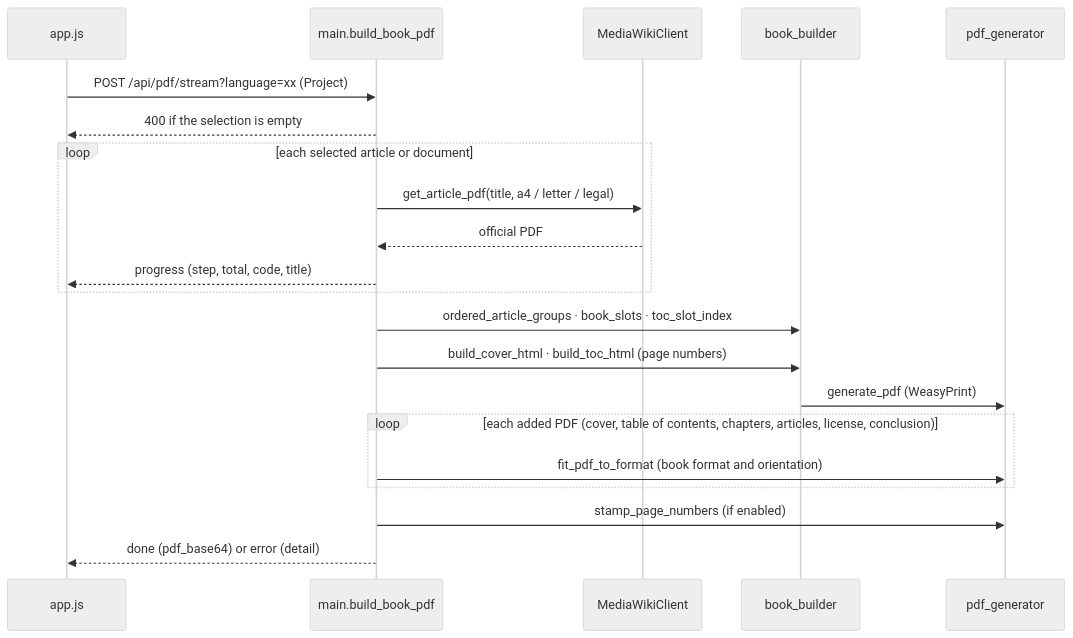
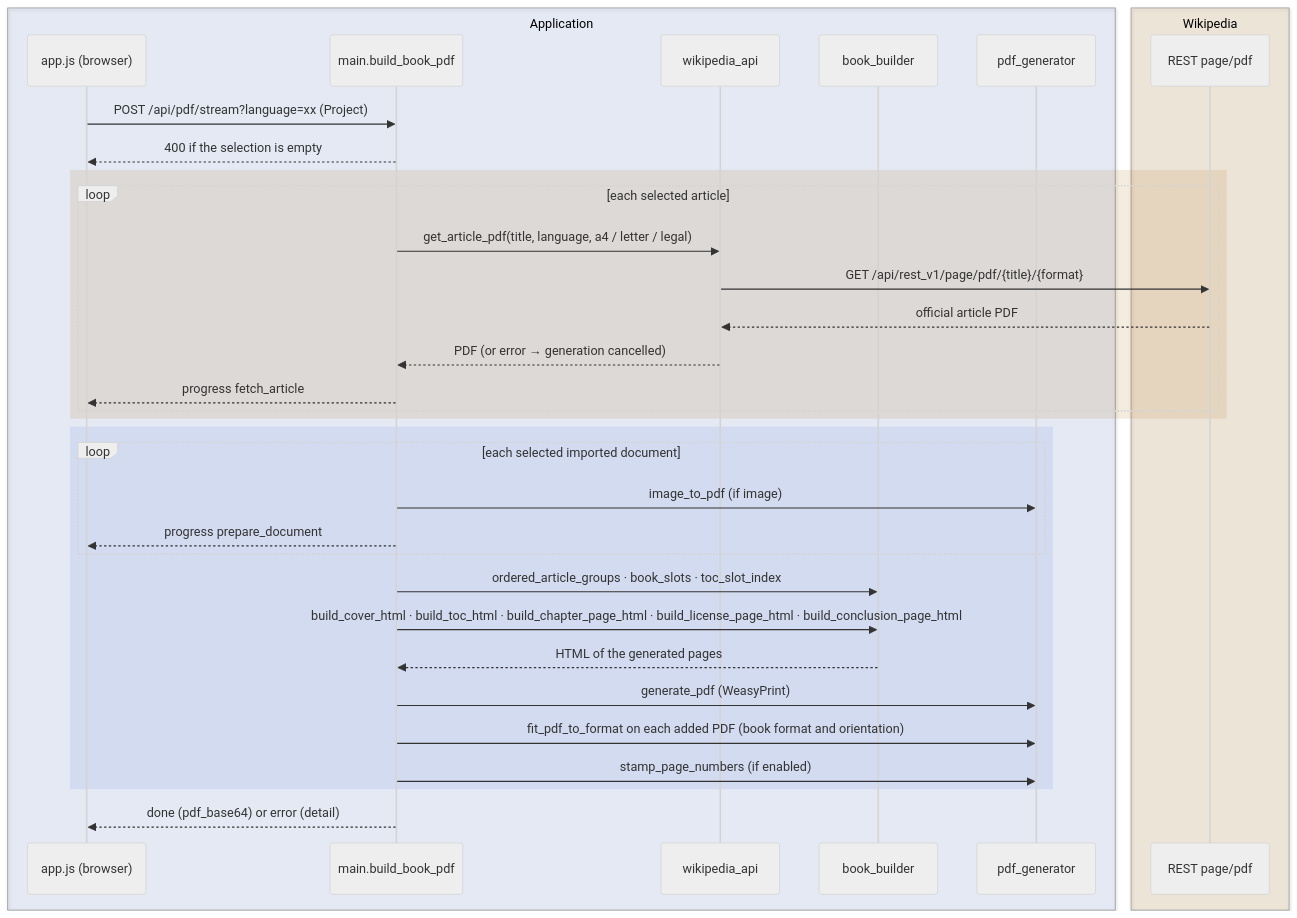
One commit to gmoulard/wikipedia2book changed the second of 2 diagrams in SPECIFICATIONS.en.md. Above: the diagram before and after it, drawn with Mermaid (neutral theme). The commit also changed other lines of this file and 2 other files, not shown here.

Commit message:
docs: schémas clarifiés, API Wikipédia détaillée, table des matières complète, auteur dans l'historique

````diff
--- a/SPECIFICATIONS.en.md
+++ b/SPECIFICATIONS.en.md
@@ -872,24 +888,38 @@
 ```mermaid
 sequenceDiagram
-    participant U as app.js
-    participant M as main.build_book_pdf
-    participant W as MediaWikiClient
-    participant B as book_builder
-    participant P as pdf_generator
+    box rgba(51,102,204,0.10) Application
+        participant U as app.js (browser)
+        participant M as main.build_book_pdf
+        participant W as wikipedia_api
+        participant B as book_builder
+        participant P as pdf_generator
+    end
+    box rgba(172,102,0,0.12) Wikipedia
+        participant R as REST page/pdf
+    end
 
     U->>M: POST /api/pdf/stream?language=xx (Project)
     M-->>U: 400 if the selection is empty
-    loop each selected article or document
-        M->>W: get_article_pdf(title, a4 / letter / legal)
-        W-->>M: official PDF
-        M-->>U: progress (step, total, code, title)
+    rect rgba(172,102,0,0.12)
+        loop each selected article
+            M->>W: get_article_pdf(title, language, a4 / letter / legal)
+            W->>R: GET /api/rest_v1/page/pdf/{title}/{format}
+            R-->>W: official article PDF
+            W-->>M: PDF (or error → generation cancelled)
+            M-->>U: progress fetch_article
+        end
     end
-    M->>B: ordered_article_groups · book_slots · toc_slot_index
-    M->>B: build_cover_html · build_toc_html (page numbers)
-    B->>P: generate_pdf (WeasyPrint)
-    loop each added PDF (cover, table of contents, chapters, articles, license, conclusion)
-        M->>P: fit_pdf_to_format (book format and orientation)
+    rect rgba(51,102,204,0.10)
+        loop each selected imported document
+            M->>P: image_to_pdf (if image)
+            M-->>U: progress prepare_document
+        end
+        M->>B: ordered_article_groups · book_slots · toc_slot_index
+        M->>B: build_cover_html · build_toc_html · build_chapter_page_html · build_license_page_html · build_conclusion_page_html
+        B-->>M: HTML of the generated pages
+        M->>P: generate_pdf (WeasyPrint)
+        M->>P: fit_pdf_to_format on each added PDF (book format and orientation)
+        M->>P: stamp_page_numbers (if enabled)
     end
-    M->>P: stamp_page_numbers (if enabled)
     M-->>U: done (pdf_base64) or error (detail)
 ```
````
